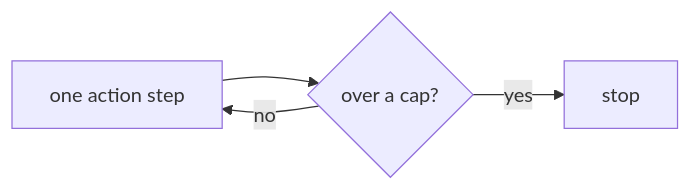
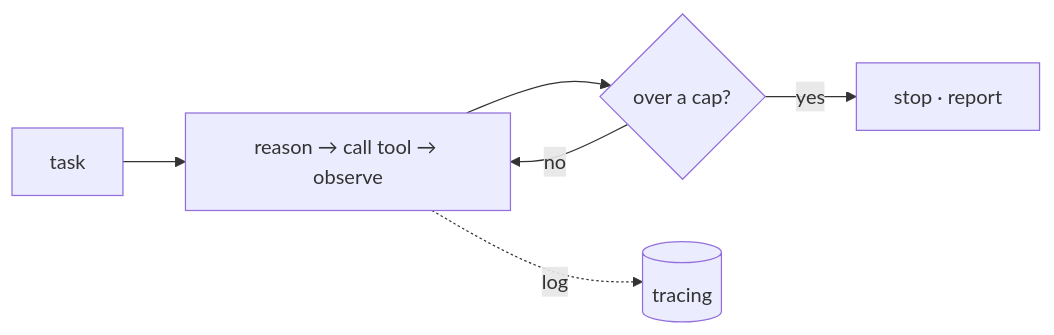
One commit to CodeCompose7/awesome-ai-stack changed the third of 10 diagrams in src/content/concepts/en/harness-engineering.mdx. Above: the diagram before and after it, drawn with Mermaid. The commit also changed other lines of this file and 1 other file, not shown here.

First line of the commit message:
content(concepts): give every role a worked example like evaluation

````diff
--- a/src/content/concepts/en/harness-engineering.mdx
+++ b/src/content/concepts/en/harness-engineering.mdx
@@ -86,6 +94,9 @@
 ```mermaid
 flowchart LR
-  step["one action step"] --> check{"over a cap?"}
-  check -- no --> step
-  check -- yes --> stop["stop"]
+  task["task"] --> step["reason → call tool → observe"]
+  step --> gate{"over a cap?"}
+  gate -- no --> step
+  gate -- yes --> stop["stop · report"]
+  step -.log.-> trace[("tracing")]
+  class trace roleTrace
 ```
````
